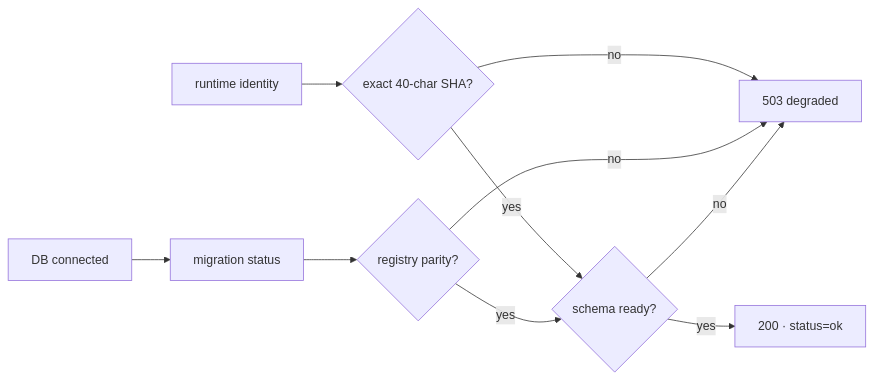
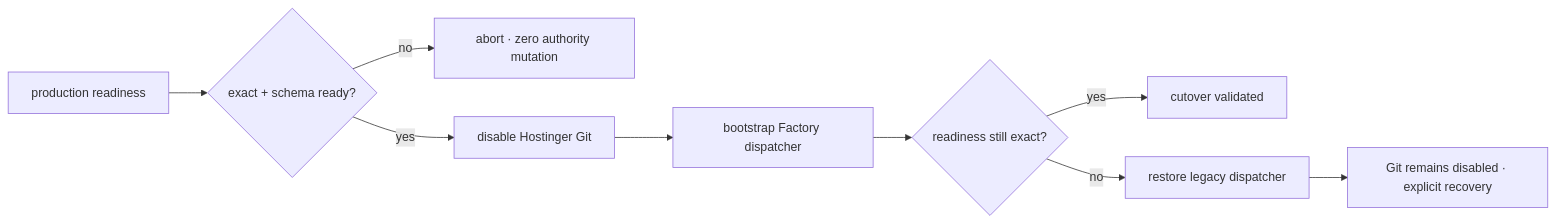
One commit to pl0n3r/brvtal changed the diagram in README.md. Above: the diagram before and after it, drawn with Mermaid. The commit also changed other lines of this file and 5 other files, not shown here.

First line of the commit message:
feat(factory): gate Hostinger cutover on exact readiness (v0.1.56) (#679)

````diff
--- a/README.md
+++ b/README.md
@@ -53,12 +53,11 @@
 ```mermaid
 flowchart LR
-  R["runtime identity"] --> I{"exact 40-char SHA?"}
-  D["DB connected"] --> S["migration status"]
-  S --> P{"registry parity?"}
-  I -->|no| F["503 degraded"]
-  P -->|no| F
-  I -->|yes| O{"schema ready?"}
-  P -->|yes| O
-  O -->|yes| H["200 · status=ok"]
-  O -->|no| F
+  H["production readiness"] --> P{"exact + schema ready?"}
+  P -->|no| X["abort · zero authority mutation"]
+  P -->|yes| G["disable Hostinger Git"]
+  G --> B["bootstrap Factory dispatcher"]
+  B --> V{"readiness still exact?"}
+  V -->|yes| S["cutover validated"]
+  V -->|no| R["restore legacy dispatcher"]
+  R --> D["Git remains disabled · explicit recovery"]
 ```
````
